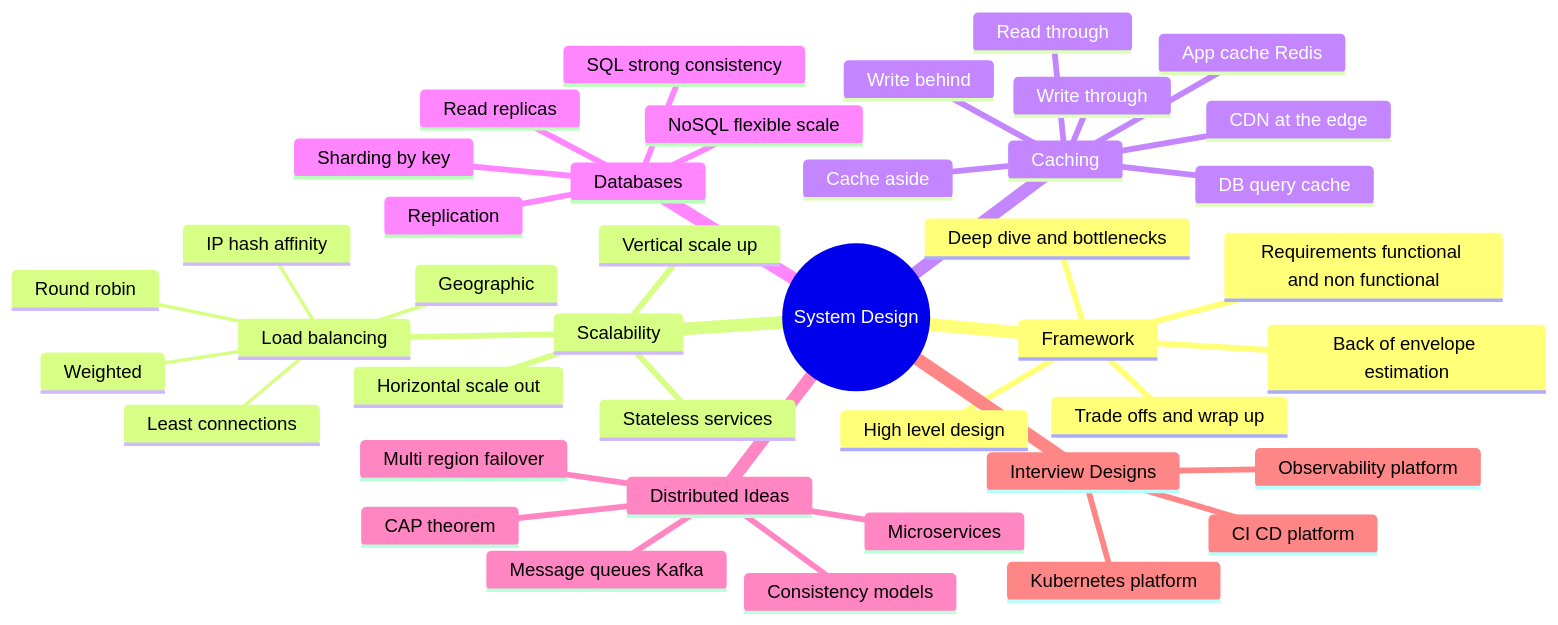
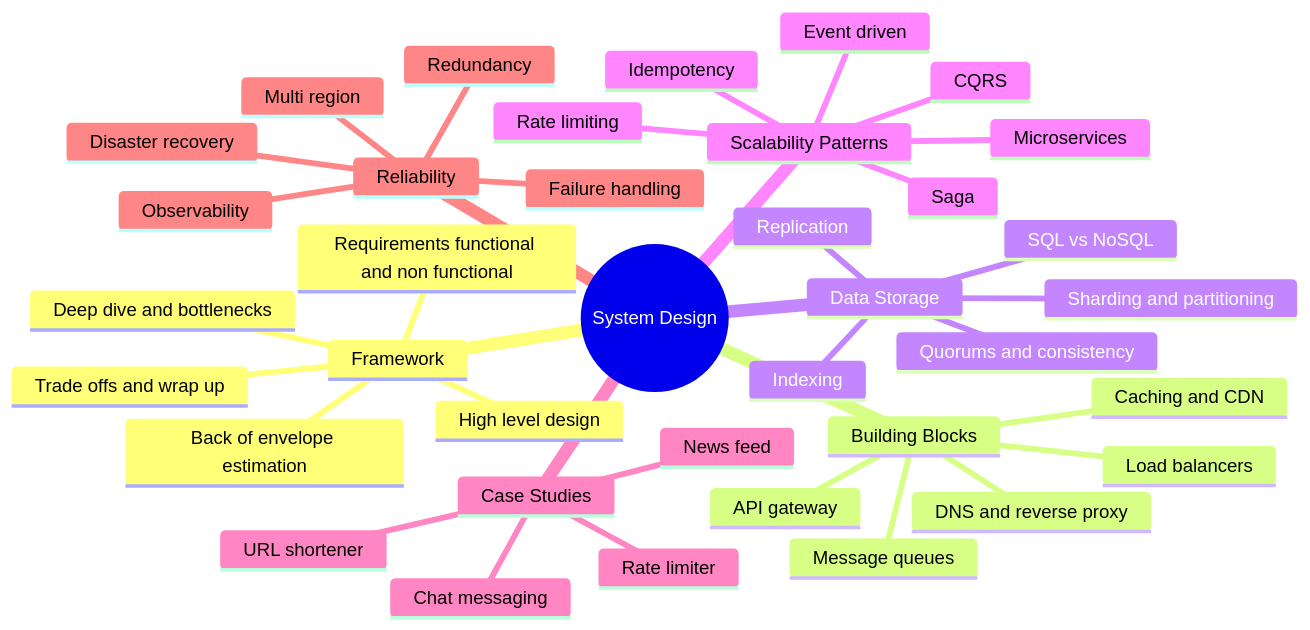
Before and after one commit to rakesh-budde/devops-guide: the first of 3 diagrams in system-design/README.md, drawn with Mermaid. The commit also changed other lines of this file and 127 other files, not shown here.

````diff
--- a/system-design/README.md
+++ b/system-design/README.md
@@ -21,44 +13,40 @@
 ```mermaid
 mindmap
   root((System Design))
     Framework
       Requirements functional and non functional
       Back of envelope estimation
       High level design
       Deep dive and bottlenecks
       Trade offs and wrap up
-    Scalability
-      Vertical scale up
-      Horizontal scale out
-      Stateless services
-      Load balancing
-        Round robin
-        Weighted
-        Least connections
-        IP hash affinity
-        Geographic
-    Caching
-      CDN at the edge
-      App cache Redis
-      DB query cache
-      Cache aside
-      Read through
-      Write through
-      Write behind
-    Databases
-      SQL strong consistency
-      NoSQL flexible scale
-      Read replicas
-      Sharding by key
+    Building Blocks
+      DNS and reverse proxy
+      Load balancers
+      Caching and CDN
+      Message queues
+      API gateway
+    Data Storage
+      SQL vs NoSQL
       Replication
-    Distributed Ideas
-      CAP theorem
-      Consistency models
-      Message queues Kafka
+      Sharding and partitioning
+      Indexing
+      Quorums and consistency
+    Scalability Patterns
       Microservices
-      Multi region failover
-    Interview Designs
-      CI CD platform
-      Kubernetes platform
-      Observability platform
+      Event driven
+      CQRS
+      Rate limiting
+      Idempotency
+      Saga
+    Case Studies
+      URL shortener
+      News feed
+      Chat messaging
+      Rate limiter
+    Reliability
+      Failure handling
+      Redundancy
+      Multi region
+      Disaster recovery
+      Observability
 ```
````
